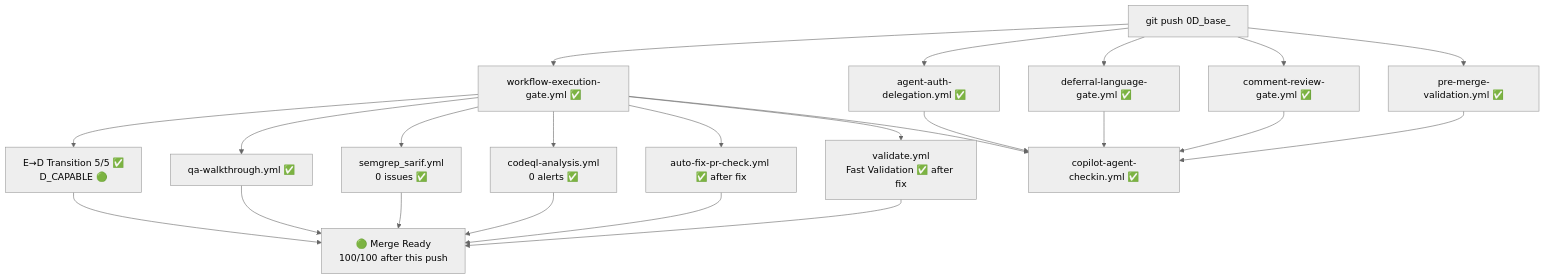
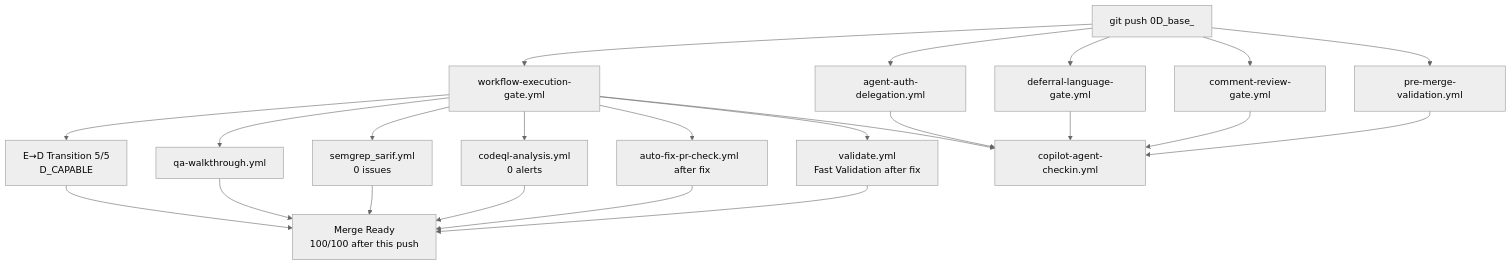
Before and after one commit to Aries-Serpent/_codex_: the eighth of 26 diagrams in docs/sessions/PR4317_session_diagram.md, drawn with Mermaid (neutral theme). The commit also changed other lines of this file and 2029 other files, not shown here.

````diff
--- a/docs/sessions/PR4317_session_diagram.md
+++ b/docs/sessions/PR4317_session_diagram.md
@@ -233,19 +235,19 @@
 ```mermaid
-%%{init: {'accessibility': {'title': 'Flowchart showing "git push 0D_base_", "pre-merge-validation.yml ✅"'}}%%
+%%{init: {'accessibility': {'title': 'Flowchart showing "git push 0D_base_", "pre-merge-validation.yml "'}}%%
 flowchart TD
-    PUSH["git push 0D_base_"] --> PRE["pre-merge-validation.yml ✅"]
-    PUSH --> COMMENT["comment-review-gate.yml ✅"]
-    PUSH --> DEFERRAL["deferral-language-gate.yml ✅"]
-    PUSH --> AUTH["agent-auth-delegation.yml ✅"]
-    PUSH --> WEC["workflow-execution-gate.yml ✅"]
+    PUSH["git push 0D_base_"] --> PRE["pre-merge-validation.yml "]
+    PUSH --> COMMENT["comment-review-gate.yml "]
+    PUSH --> DEFERRAL["deferral-language-gate.yml "]
+    PUSH --> AUTH["agent-auth-delegation.yml "]
+    PUSH --> WEC["workflow-execution-gate.yml "]
 
-    WEC --> VALIDATE["validate.yml\nFast Validation ✅ after fix"]
-    WEC --> AUTOFIX["auto-fix-pr-check.yml ✅ after fix"]
-    WEC --> CODEQL["codeql-analysis.yml\n0 alerts ✅"]
-    WEC --> SEMGREP["semgrep_sarif.yml\n0 issues ✅"]
-    WEC --> QA["qa-walkthrough.yml ✅"]
-    WEC --> ETOD["E→D Transition 5/5 ✅\nD_CAPABLE 🟢"]
+    WEC --> VALIDATE["validate.yml\nFast Validation  after fix"]
+    WEC --> AUTOFIX["auto-fix-pr-check.yml  after fix"]
+    WEC --> CODEQL["codeql-analysis.yml\n0 alerts "]
+    WEC --> SEMGREP["semgrep_sarif.yml\n0 issues "]
+    WEC --> QA["qa-walkthrough.yml "]
+    WEC --> ETOD["E→D Transition 5/5 \nD_CAPABLE "]
 
-    PRE & COMMENT & DEFERRAL & AUTH & WEC --> CHECKIN["copilot-agent-checkin.yml ✅"]
-    VALIDATE & AUTOFIX & CODEQL & SEMGREP & QA & ETOD --> READY["🟢 Merge Ready\n100/100 after this push"]
+    PRE & COMMENT & DEFERRAL & AUTH & WEC --> CHECKIN["copilot-agent-checkin.yml "]
+    VALIDATE & AUTOFIX & CODEQL & SEMGREP & QA & ETOD --> READY[" Merge Ready\n100/100 after this push"]
 ```
````
